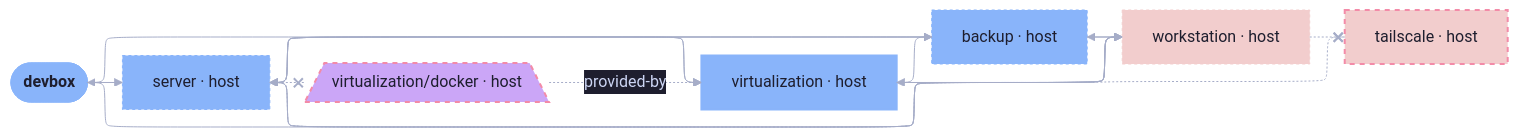
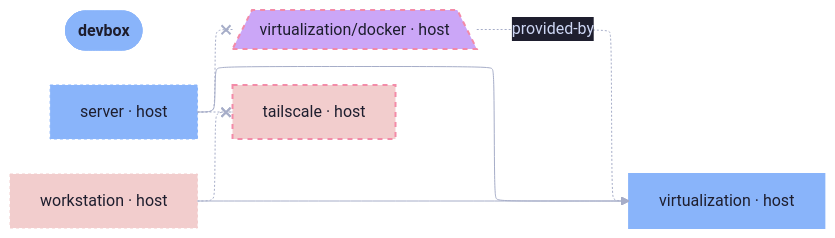
The diagram in templates/diag-fx-demo/diagrams/devbox-adapters.md (sini/den), drawn with Mermaid before and after one commit. The commit also changed 849 other files, not shown here.

Commit message:
chore: update fx diagrams

````diff
--- a/templates/diag-fx-demo/diagrams/devbox-adapters.md
+++ b/templates/diag-fx-demo/diagrams/devbox-adapters.md
@@ -5,40 +5,24 @@
 ```mermaid
 %%{init: {"elk":{"mergeEdges":true,"nodePlacementStrategy":"BRANDES_KOEPF"},"layout":"elk","theme":"base","themeVariables":{"activationBkgColor":"#313244","activationBorderColor":"#6c7086","actorBkg":"#313244","actorBorder":"#a6adc8","actorLineColor":"#a6adc8","actorTextColor":"#cdd6f4","background":"#1e1e2e","classText":"#cdd6f4","clusterBkg":"#313244","clusterBorder":"#6c7086","edgeLabelBackground":"#1e1e2e","labelBoxBkgColor":"#313244","labelBoxBorderColor":"#a6adc8","labelTextColor":"#cdd6f4","lineColor":"#a6adc8","loopTextColor":"#cdd6f4","mainBkg":"#313244","nodeBkg":"#313244","nodeBorder":"#a6adc8","nodeTextColor":"#cdd6f4","noteBkgColor":"#313244","noteBorderColor":"#6c7086","noteTextColor":"#cdd6f4","pie1":"#f38ba8","pie2":"#fab387","pie3":"#f9e2af","pie4":"#a6e3a1","pie5":"#94e2d5","pie6":"#89b4fa","pie7":"#cba6f7","pie8":"#f2cdcd","pieLegendTextColor":"#cdd6f4","pieOuterStrokeColor":"#6c7086","pieSectionTextColor":"#cdd6f4","pieStrokeColor":"#6c7086","pieTitleTextColor":"#cdd6f4","primaryBorderColor":"#a6adc8","primaryColor":"#313244","primaryTextColor":"#cdd6f4","secondBkg":"#313244","secondaryBorderColor":"#6c7086","secondaryColor":"#313244","secondaryTextColor":"#cdd6f4","sequenceNumberColor":"#1e1e2e","signalColor":"#a6adc8","signalTextColor":"#cdd6f4","tertiaryBorderColor":"#6c7086","tertiaryColor":"#313244","tertiaryTextColor":"#cdd6f4","textColor":"#cdd6f4","titleColor":"#cdd6f4"}}}%%
 graph LR
   devbox([devbox]):::root
-  backup["backup · host"]:::backup_c
   virtualization__docker[/"virtualization/docker · host"\]:::virtualization__docker_c
   server["server · host"]:::server_c
   tailscale["tailscale · host"]:::tailscale_c
   virtualization["virtualization · host"]:::virtualization_c
   workstation["workstation · host"]:::workstation_c
 
-  backup --> server
-  backup --> workstation
-  devbox --> backup
-  devbox --> server
-  devbox --> workstation
-  server --> backup
-  virtualization --> backup
-  workstation --> backup
-  virtualization --> server
-  workstation --> server
-  server --> workstation
-  virtualization --> workstation
-  server --> devbox
   server -.-x virtualization__docker
   server -.-x tailscale
   server --> virtualization
   workstation -.-x tailscale
   workstation --> virtualization
   virtualization__docker -.->|provided-by| virtualization
 
   classDef root fill:#89b4fa,stroke:#89b4fa,color:#1e1e2e,font-weight:bold
-  classDef backup_c fill:#89b4fa,stroke:#89b4fa,color:#1e1e2e,stroke-dasharray: 3 3,stroke-width:1px
-  classDef devbox_c fill:#f2cdcd,stroke:#f2cdcd,color:#1e1e2e,stroke-width:3px
   classDef virtualization__docker_c fill:#cba6f7,stroke:#f38ba8,color:#1e1e2e,stroke-dasharray: 5 5,stroke-width:2px
   classDef server_c fill:#89b4fa,stroke:#89b4fa,color:#1e1e2e,stroke-dasharray: 3 3,stroke-width:1px
   classDef tailscale_c fill:#f2cdcd,stroke:#f38ba8,color:#1e1e2e,stroke-dasharray: 5 5,stroke-width:2px
   classDef virtualization_c fill:#89b4fa,stroke:#89b4fa,color:#1e1e2e,stroke-width:2px
   classDef workstation_c fill:#f2cdcd,stroke:#f2cdcd,color:#1e1e2e,stroke-dasharray: 3 3,stroke-width:1px
 ```
````
